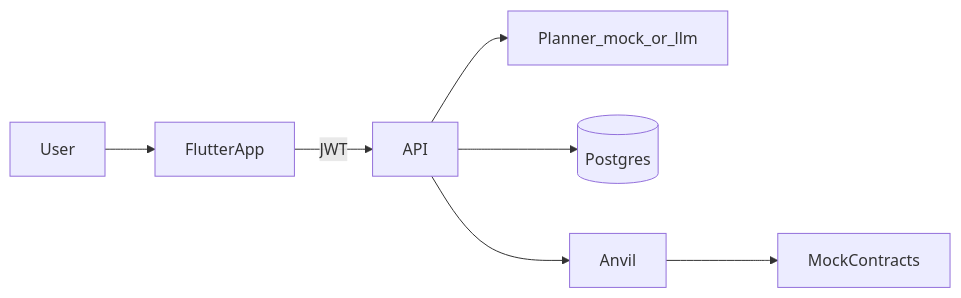
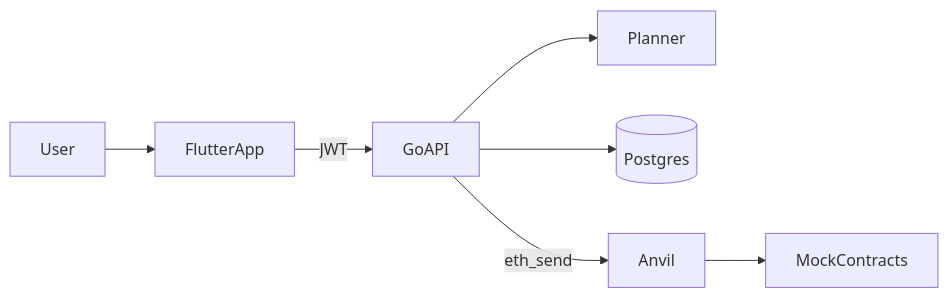
The first of 2 diagrams in README.md (o-mid/intentguard), drawn with Mermaid before and after one commit. The commit also changed other lines of this file, not shown here.

Commit message:
docs: expand readme with architecture and build guide

````diff
--- a/README.md
+++ b/README.md
@@ -19,17 +44,17 @@
 ```mermaid
 flowchart LR
   user[User]
   flutter[FlutterApp]
-  api[API]
-  planner[Planner_mock_or_llm]
+  api[GoAPI]
+  planner[Planner]
   pg[(Postgres)]
   anvil[Anvil]
   mocks[MockContracts]
 
   user --> flutter
   flutter -->|JWT| api
   api --> pg
   api --> planner
-  api --> anvil
+  api -->|eth_send| anvil
   anvil --> mocks
 ```
````
